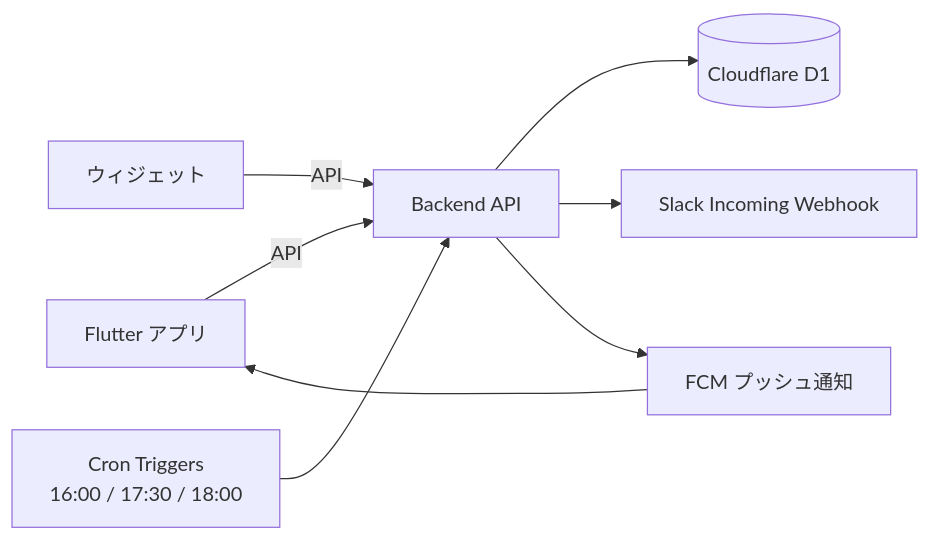
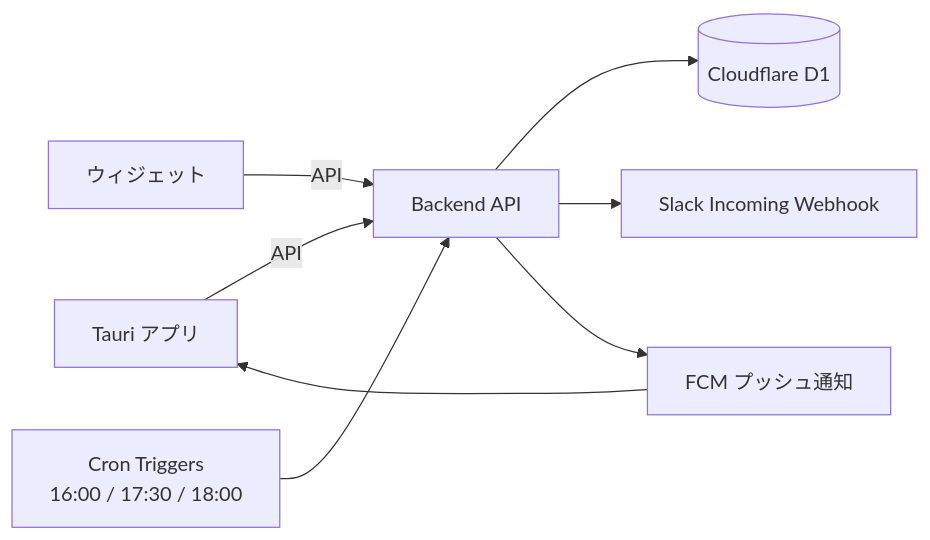
Before and after one commit to nishi240masa/meshi-iko: the diagram in docs/DesignDoc.md, drawn with Mermaid. The commit also changed other lines of this file, not shown here.

Commit message:
ドキュメントのフロントエンドをTauriに変更

````diff
--- a/docs/DesignDoc.md
+++ b/docs/DesignDoc.md
@@ -104,10 +104,10 @@
 ```mermaid
 flowchart LR
-  A["Flutter アプリ"] -->|API| B["Backend API"]
+  A["Tauri アプリ"] -->|API| B["Backend API"]
   W["ウィジェット"] -->|API| B
   B --> C[("Cloudflare D1")]
   T["Cron Triggers<br/>16:00 / 17:30 / 18:00"] --> B
   B --> S["Slack Incoming Webhook"]
   B --> N["FCM プッシュ通知"]
   N --> A
 ```
````
